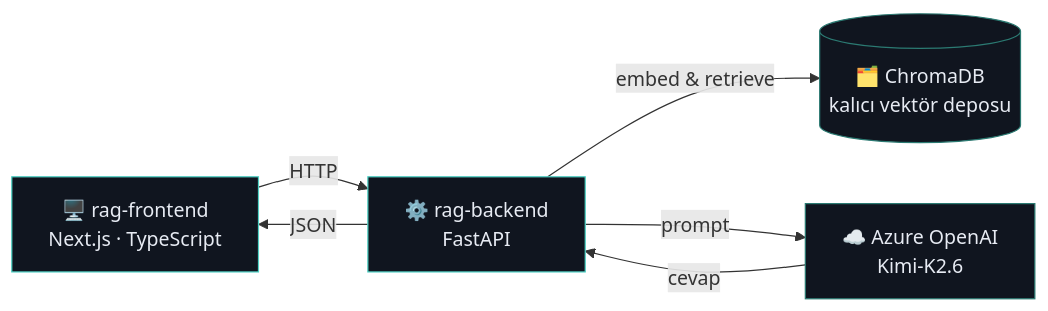
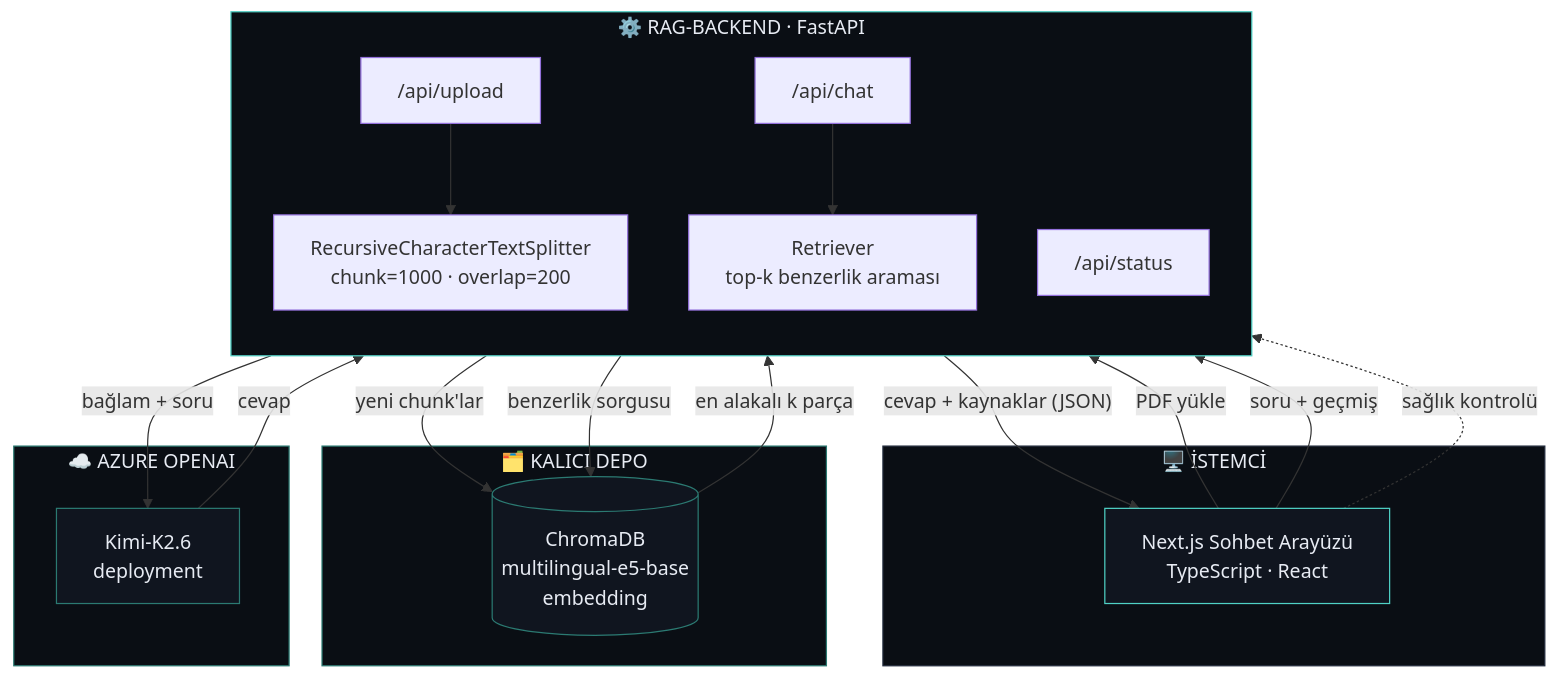
One commit to Tahabozkurt/Rag changed the diagram in README.md. Above: the diagram before and after it, drawn with Mermaid. The commit also changed other lines of this file, not shown here.

````diff
--- a/README.md
+++ b/README.md
@@ -44,13 +46,45 @@
 ```mermaid
-flowchart LR
-    A["🖥️ rag-frontend<br/>Next.js · TypeScript"] -- HTTP --> B["⚙️ rag-backend<br/>FastAPI"]
-    B -- embed & retrieve --> C[("🗂️ ChromaDB<br/>kalıcı vektör deposu")]
-    B -- prompt --> D["☁️ Azure OpenAI<br/>Kimi-K2.6"]
-    D -- cevap --> B
-    B -- JSON --> A
+flowchart TB
+    subgraph Client["🖥️ İSTEMCİ"]
+        UI["Next.js Sohbet Arayüzü<br/>TypeScript · React"]
+    end
 
-    style A fill:#10151f,stroke:#4FD1C5,color:#e7ebf3
-    style B fill:#10151f,stroke:#4FD1C5,color:#e7ebf3
-    style C fill:#10151f,stroke:#2b7a72,color:#e7ebf3
-    style D fill:#10151f,stroke:#2b7a72,color:#e7ebf3
+    subgraph API["⚙️ RAG-BACKEND · FastAPI"]
+        direction TB
+        EP1["/api/upload"]
+        EP2["/api/chat"]
+        EP3["/api/status"]
+        Splitter["RecursiveCharacterTextSplitter<br/>chunk=1000 · overlap=200"]
+        Retriever["Retriever<br/>top-k benzerlik araması"]
+    end
+
+    subgraph Store["🗂️ KALICI DEPO"]
+        Chroma[("ChromaDB<br/>multilingual-e5-base<br/>embedding")]
+    end
+
+    subgraph AI["☁️ AZURE OPENAI"]
+        LLM["Kimi-K2.6<br/>deployment"]
+    end
+
+    UI -- "PDF yükle" --> EP1
+    EP1 --> Splitter
+    Splitter -- "yeni chunk'lar" --> Chroma
+
+    UI -- "soru + geçmiş" --> EP2
+    EP2 --> Retriever
+    Retriever -- "benzerlik sorgusu" --> Chroma
+    Chroma -- "en alakalı k parça" --> Retriever
+    Retriever -- "bağlam + soru" --> LLM
+    LLM -- "cevap" --> EP2
+    EP2 -- "cevap + kaynaklar (JSON)" --> UI
+
+    UI -. "sağlık kontrolü" .-> EP3
+
+    style Client fill:#0a0e14,stroke:#232c3d,color:#e7ebf3
+    style API fill:#0a0e14,stroke:#4FD1C5,color:#e7ebf3
+    style Store fill:#0a0e14,stroke:#2b7a72,color:#e7ebf3
+    style AI fill:#0a0e14,stroke:#2b7a72,color:#e7ebf3
+    style UI fill:#10151f,stroke:#4FD1C5,color:#e7ebf3
+    style Chroma fill:#10151f,stroke:#2b7a72,color:#e7ebf3
+    style LLM fill:#10151f,stroke:#2b7a72,color:#e7ebf3
 ```
````
